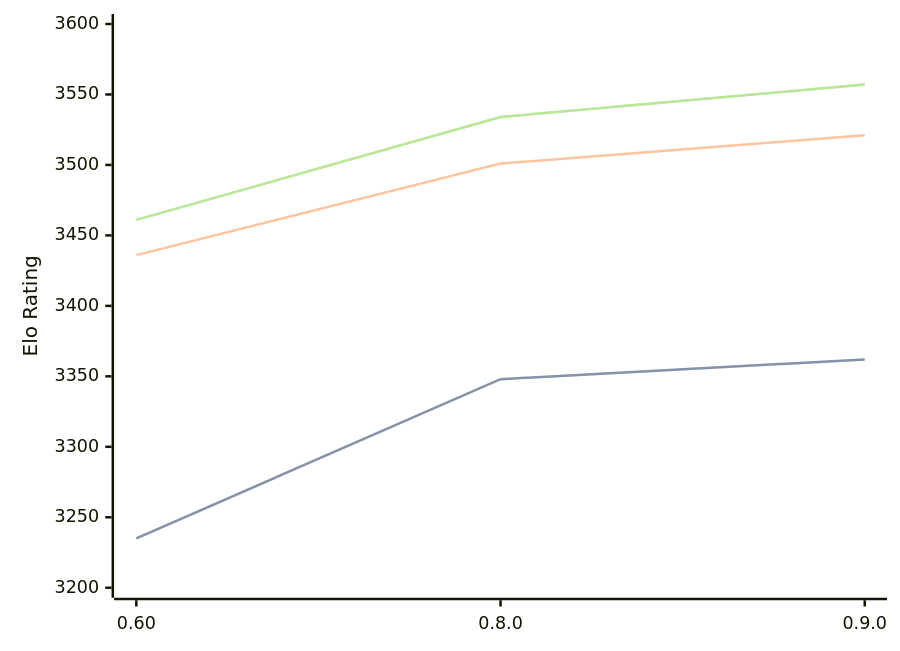
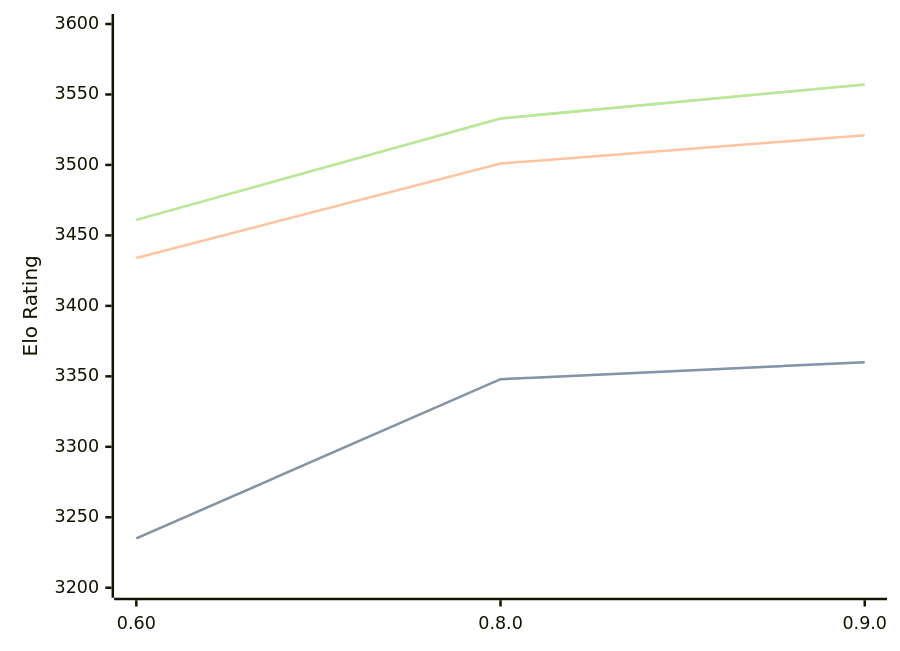
One commit to computer-chess-index/cci changed the diagram in engines/Motor.md. Above: the diagram before and after it, drawn with Mermaid. The commit also changed other lines of this file, not shown here.

Commit message:
Update CCI Ratings (ELO VLTC) - 2026-04-06

````diff
--- a/engines/Motor.md
+++ b/engines/Motor.md
@@ -39,11 +39,11 @@
 ```mermaid
 %%{init: {"theme":"base","themeVariables":{"seriesColors:['#a3a3a3','#222221','#faa371']}}}%%
 xychart-beta
   x-axis ["0.60", "0.8.0", "0.9.0"]
   y-axis "Elo Rating" 3200 --> 3600
-  line "STC (8.0+0.08s)" [3235, 3348, 3362]
-  line "STC (8.0+0.08s)" [3235, 3348, 3362]
-  line "LTC (60.0+0.60s)" [3436, 3501, 3521]
-  line "VLTC (2m24s+1.12s)" [3461, 3534, 3557]
-  line "VLTC (2m24s+1.12s)" [3461, 3534, 3557]
+  line "STC (8.0+0.08s)" [3235, 3348, 3360]
+  line "STC (8.0+0.08s)" [3235, 3348, 3360]
+  line "LTC (60.0+0.60s)" [3434, 3501, 3521]
+  line "VLTC (2m24s+1.12s)" [3461, 3533, 3557]
+  line "VLTC (2m24s+1.12s)" [3461, 3533, 3557]
 ```
````
